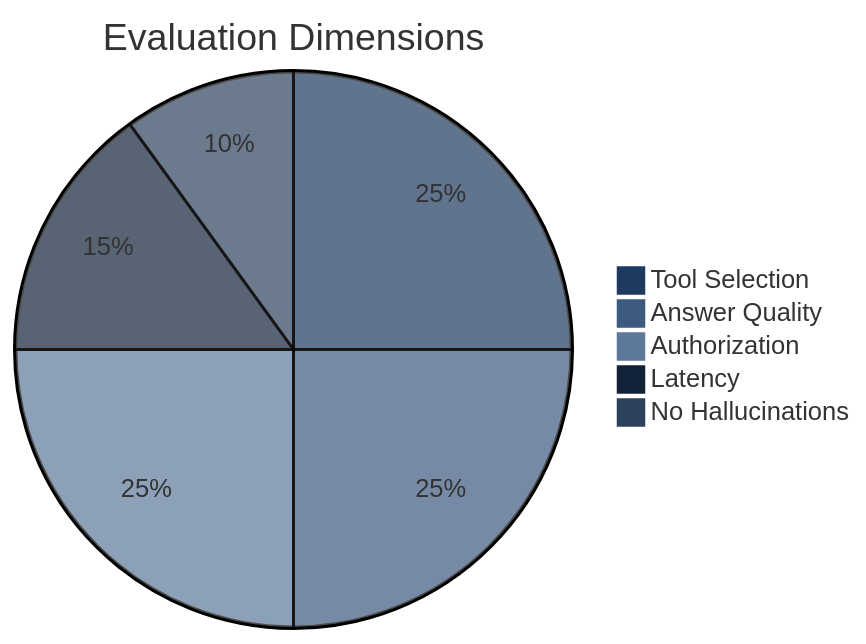
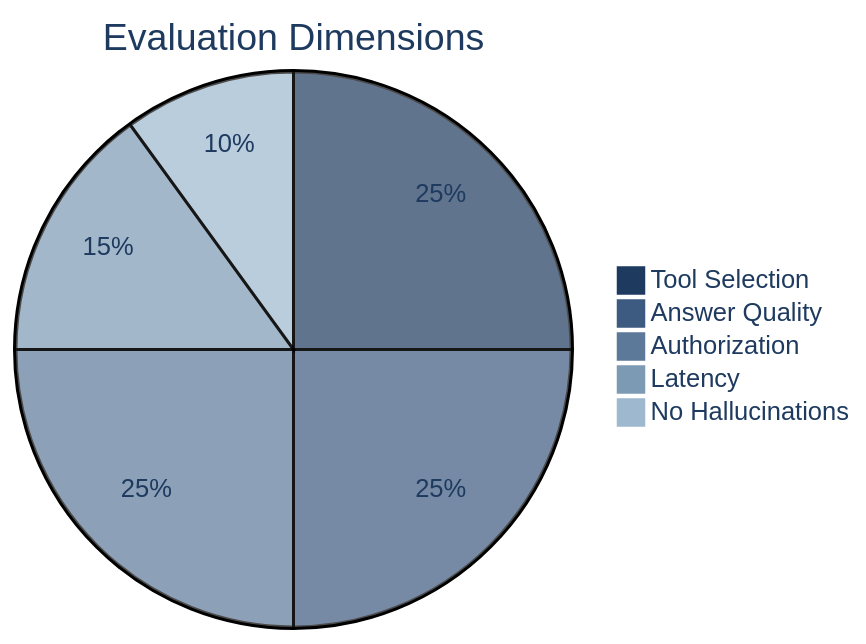
The second of 4 diagrams in EVALUATION.md (ruthvik-jeev/hr-agent), drawn with Mermaid before and after one commit. The commit also changed other lines of this file and 5 other files, not shown here.

First line of the commit message:
fix: improve diagram text visibility with dark text colors

````diff
--- a/EVALUATION.md
+++ b/EVALUATION.md
@@ -74,10 +74,10 @@
 ```mermaid
-%%{init: {'theme': 'base', 'themeVariables': { 'primaryColor': '#1e3a5f', 'secondaryColor': '#3d5a80', 'tertiaryColor': '#5c7999'}}}%%
+%%{init: {'theme': 'base', 'themeVariables': { 'primaryColor': '#e8f4f8', 'primaryTextColor': '#1e3a5f', 'primaryBorderColor': '#1e3a5f', 'secondaryColor': '#f0f4f8', 'tertiaryColor': '#f7f9fc', 'pie1': '#1e3a5f', 'pie2': '#3d5a80', 'pie3': '#5c7999', 'pie4': '#7d9ab5', 'pie5': '#9eb8cf', 'pieTextColor': '#1e3a5f'}}}%%
 
 pie title Evaluation Dimensions
     "Tool Selection" : 25
     "Answer Quality" : 25
     "Authorization" : 25
     "Latency" : 15
     "No Hallucinations" : 10
 ```
````
